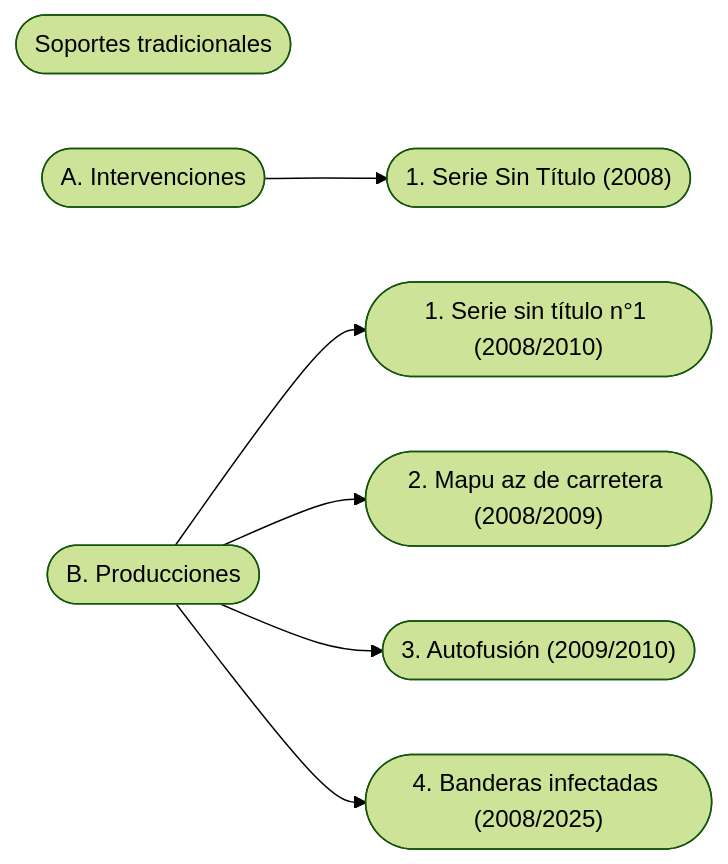
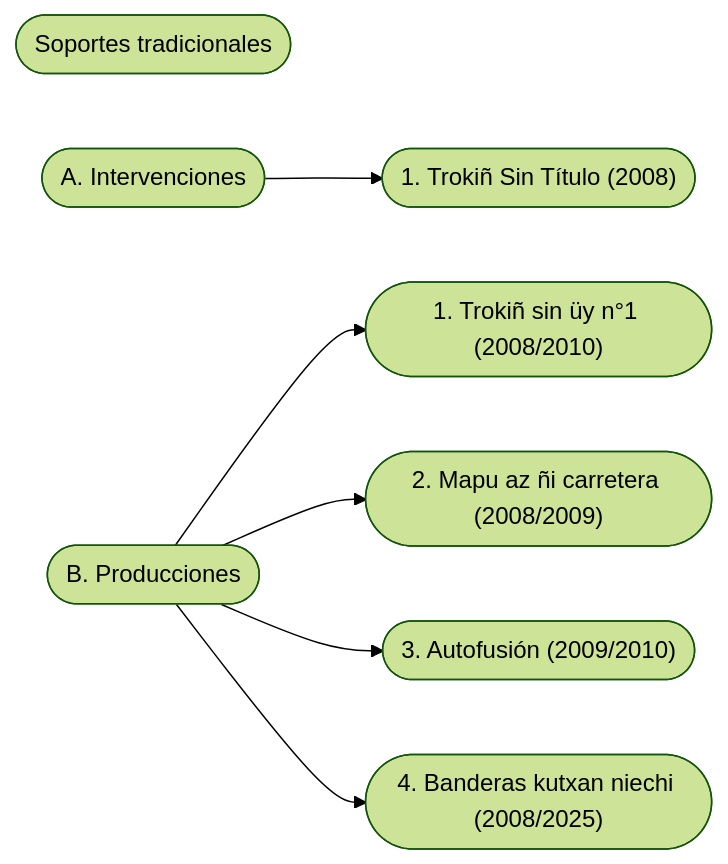
Before and after one commit to EGGS-Artesvisuales/EGGS-Artesvisuales.github.io: the second of 6 diagrams in MPD/peste-pinturas-infectadas.md, drawn with Mermaid (forest theme). The commit also changed other lines of this file and 41 other files, not shown here.

```diff
--- a/MPD/peste-pinturas-infectadas.md
+++ b/MPD/peste-pinturas-infectadas.md
@@ -121,23 +121,23 @@
 <div class="mermaid">
 flowchart LR
   ST([Soportes tradicionales])
   INT([A. Intervenciones])
   PROD([B. Producciones])
 
-  INT --> INT1(["1. Serie Sin Título (2008)"])
+  INT --> INT1(["1. Trokiñ Sin Título (2008)"])
 
-  PROD --> P1(["1. Serie sin título n°1 (2008/2010)"])
-  PROD --> P2(["2. Mapu az de carretera (2008/2009)"])
+  PROD --> P1(["1. Trokiñ sin üy n°1 (2008/2010)"])
+  PROD --> P2(["2. Mapu az ñi carretera (2008/2009)"])
   PROD --> P3(["3. Autofusión (2009/2010)"])
-  PROD --> P4(["4. Banderas infectadas (2008/2025)"])
+  PROD --> P4(["4. Banderas kutxan niechi (2008/2025)"])
 
   click ST "#soportes-tradicionales" "Amun: Soportes tradicionales"
   click INT "#intervenciones" "Amun: Intervenciones"
   click PROD "#producciones" "Amun: Producciones"
 
-  click INT1 "#intervencion-serie-st-2008" "Amun: Serie Sin Título (Intervenciones) 2008"
-  click P1 "#produccion-serie-st-1-2008-2010" "Amun: Serie sin título n°1 (Producciones)"
-  click P2 "#produccion-paisajes-carretera-2008-2009" "Amun: Mapu az de carretera"
+  click INT1 "#intervencion-serie-st-2008" "Amun: Trokiñ Sin Título (Intervenciones) 2008"
+  click P1 "#produccion-serie-st-1-2008-2010" "Amun: Trokiñ sin üy n°1 (Producciones)"
+  click P2 "#produccion-paisajes-carretera-2008-2009" "Amun: Mapu az ñi carretera"
   click P3 "#produccion-autofusion-2009-2010" "Amun: Autofusión"
-  click P4 "#produccion-banderas-infectadas-2008-2025" "Amun: Banderas infectadas"
+  click P4 "#produccion-banderas-infectadas-2008-2025" "Amun: Banderas kutxan niechi"
 </div>
```
